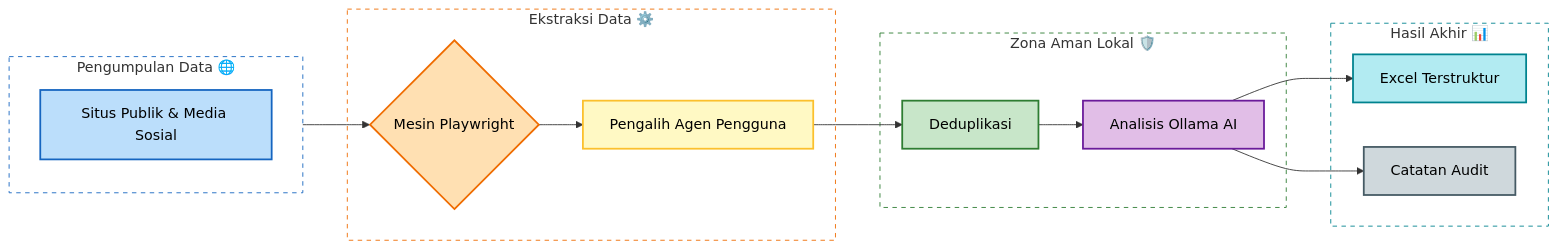
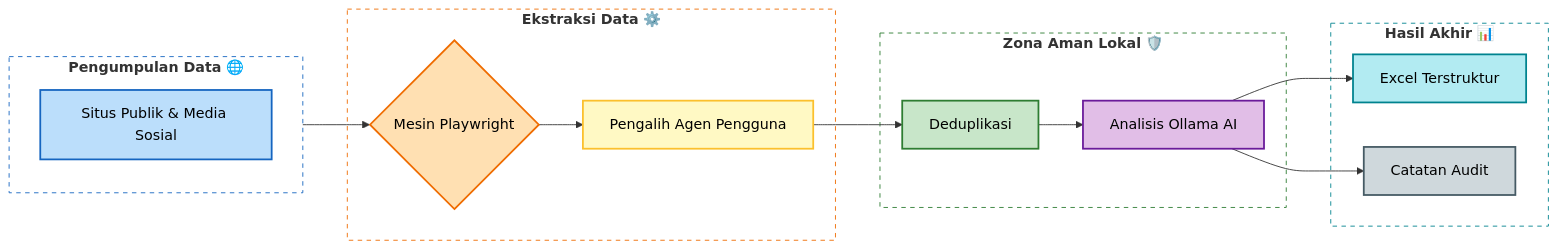
One commit to anasya271-glitch/BPS_Social_Scraper changed the diagram in README.md. Above: the diagram before and after it, drawn with Mermaid. The commit also changed other lines of this file, not shown here.

````diff
--- a/README.md
+++ b/README.md
@@ -79,39 +94,41 @@
 ```mermaid
 graph LR
-  subgraph Sources [Pengumpulan Data 🌐 ]
+  subgraph Sources [<b>Pengumpulan Data</b> 🌐 ]
     A[Situs Publik & Media Sosial]
   end
 
-  subgraph Engine [Ekstraksi Data ⚙️ ]
+  subgraph Engine [<b>Ekstraksi Data</b> ⚙️ ]
     B{Mesin Playwright}
     B --> B1[Pengalih Agen Pengguna]
   end
 
-  subgraph Processing [Zona Aman Lokal 🛡️ ]
+  subgraph Processing [<b>Zona Aman Lokal</b> 🛡️ ]
     C[Deduplikasi]
     C --> D[Analisis Ollama AI]
   end
 
-  subgraph Output [Hasil Akhir 📊 ]
+  subgraph Output [<b>Hasil Akhir</b> 📊 ]
     E[Excel Terstruktur]
     F[Catatan Audit]
   end
 
   Sources --> B
   B1 --> C
   D --> E
   D --> F
 
+  classDef largeTitle font-size:24px,fill:none,stroke:none;
+  class Title largeTitle;
   style A fill:#bbdefb,stroke:#1565c0,stroke-width:2px,color:#000
   style B fill:#ffe0b2,stroke:#ef6c00,stroke-width:2px,color:#000
   style B1 fill:#fff9c4,stroke:#fbc02d,stroke-width:2px,color:#000
   style C fill:#c8e6c9,stroke:#2e7d32,stroke-width:2px,color:#000
   style D fill:#e1bee7,stroke:#6a1b9a,stroke-width:2px,color:#000
   style E fill:#b2ebf2,stroke:#00838f,stroke-width:2px,color:#000
   style F fill:#cfd8dc,stroke:#455a64,stroke-width:2px,color:#000
 
   style Sources fill:none,stroke:#1565c0,stroke-dasharray: 5 5
   style Engine fill:none,stroke:#ef6c00,stroke-dasharray: 5 5
   style Processing fill:none,stroke:#2e7d32,stroke-dasharray: 5 5
   style Output fill:none,stroke:#00838f,stroke-dasharray: 5 5
 ```
````
